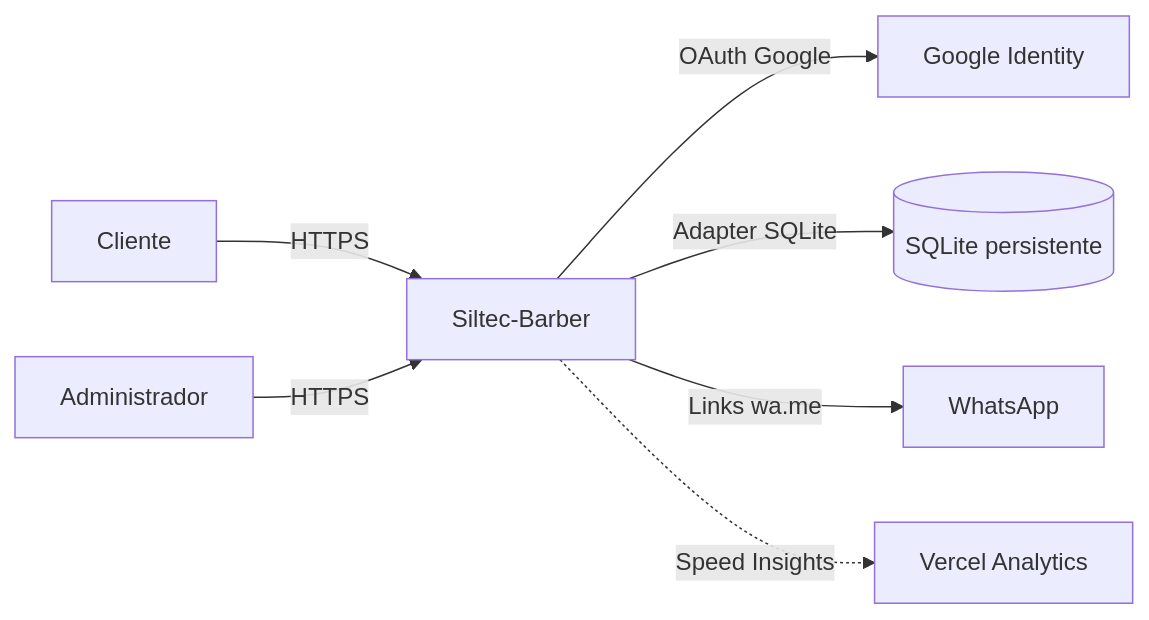
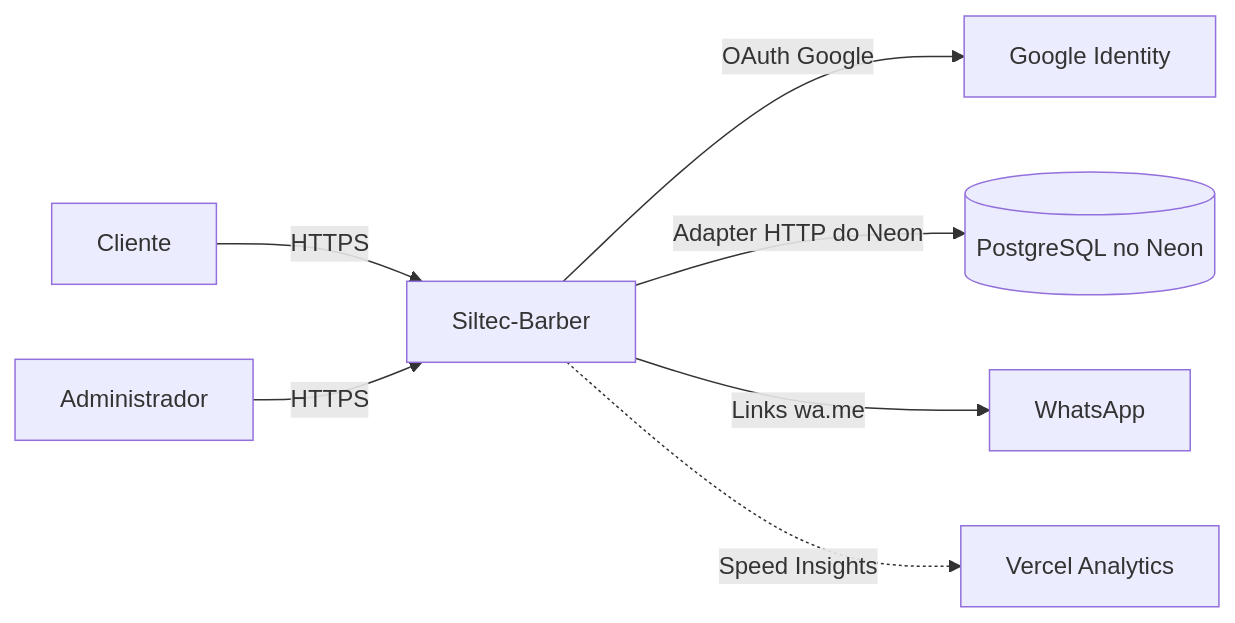
One commit to Freireteles-web-com-jsf2/Siltec-Barber changed the second of 5 diagrams in docs/PRD-Siltec-Barber.md. Above: the diagram before and after it, drawn with Mermaid. The commit also changed other lines of this file and 16 other files, not shown here.

Commit message:
feat: migra SQLite para PostgreSQL no Neon com adapter HTTP

````diff
--- a/docs/PRD-Siltec-Barber.md
+++ b/docs/PRD-Siltec-Barber.md
@@ -352,9 +352,9 @@
 ```mermaid
 flowchart LR
   C[Cliente] -->|HTTPS| A[Siltec-Barber]
   ADM[Administrador] -->|HTTPS| A
   A -->|OAuth Google| G[Google Identity]
-  A -->|Adapter SQLite| DB[(SQLite persistente)]
+  A -->|Adapter HTTP do Neon| DB[(PostgreSQL no Neon)]
   A -->|Links wa.me| W[WhatsApp]
   A -.->|Speed Insights| V[Vercel Analytics]
 ```
````
